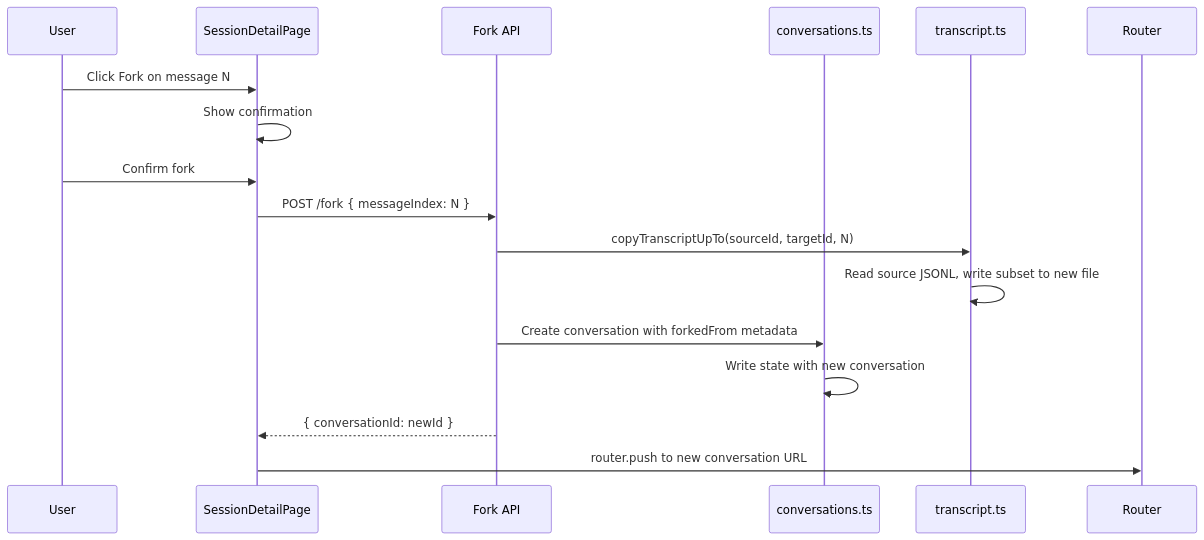
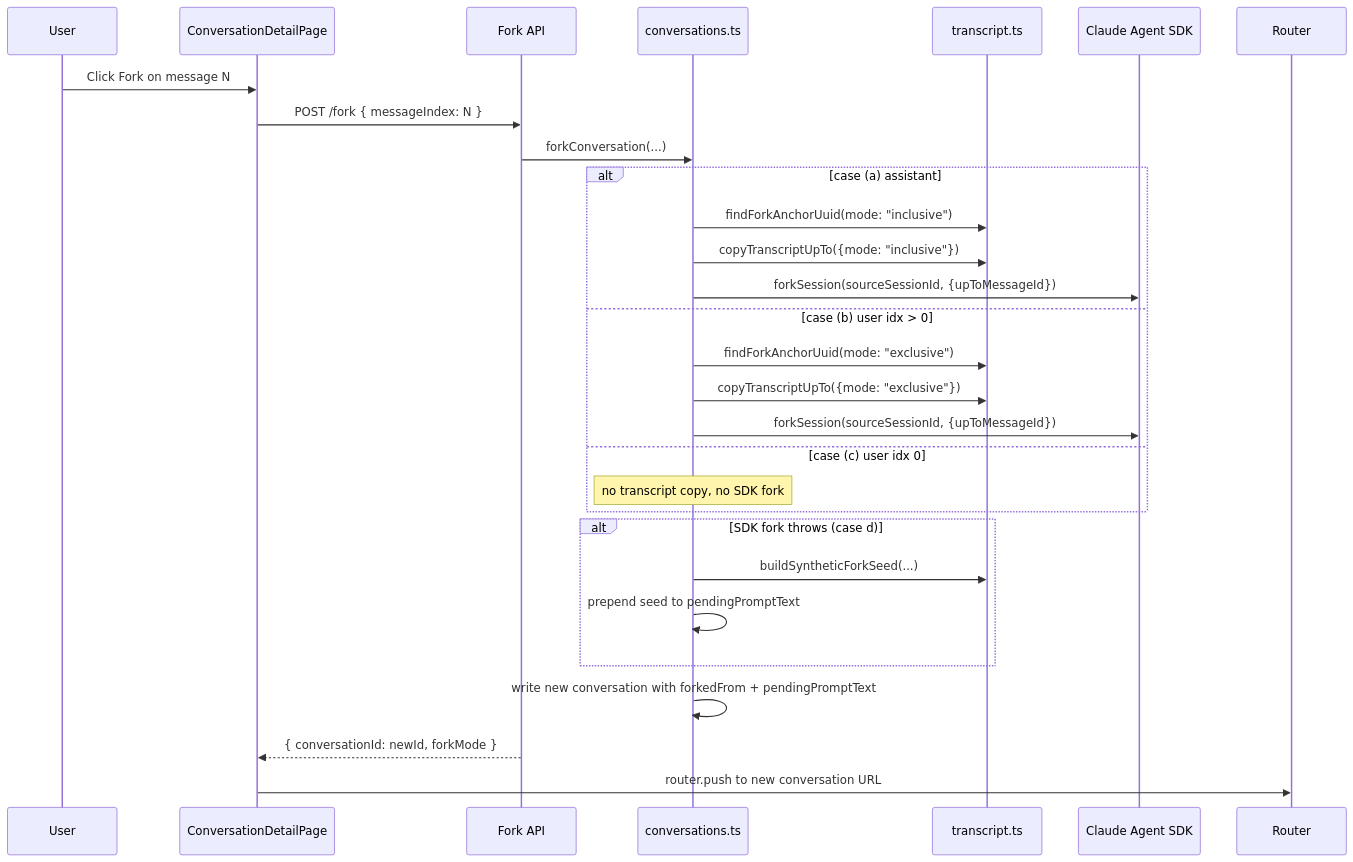
One commit to amhuppert/remote-ai-manager changed the second of 3 diagrams in .kiro/specs/conversation-forking/design.md. Above: the diagram before and after it, drawn with Mermaid. The commit also changed other lines of this file and 58 other files, not shown here.

````diff
--- a/.kiro/specs/conversation-forking/design.md
+++ b/.kiro/specs/conversation-forking/design.md
@@ -102,20 +114,32 @@
 ```mermaid
 sequenceDiagram
     participant U as User
-    participant UI as SessionDetailPage
+    participant UI as ConversationDetailPage
     participant API as Fork API
     participant Conv as conversations.ts
     participant Trans as transcript.ts
+    participant SDK as Claude Agent SDK
     participant Nav as Router
 
     U->>UI: Click Fork on message N
-    UI->>UI: Show confirmation
-    U->>UI: Confirm fork
     UI->>API: POST /fork { messageIndex: N }
-    API->>Trans: copyTranscriptUpTo(sourceId, targetId, N)
-    Trans->>Trans: Read source JSONL, write subset to new file
-    API->>Conv: Create conversation with forkedFrom metadata
-    Conv->>Conv: Write state with new conversation
-    API-->>UI: { conversationId: newId }
+    API->>Conv: forkConversation(...)
+    alt case (a) assistant
+        Conv->>Trans: findForkAnchorUuid(mode: "inclusive")
+        Conv->>Trans: copyTranscriptUpTo({mode: "inclusive"})
+        Conv->>SDK: forkSession(sourceSessionId, {upToMessageId})
+    else case (b) user idx > 0
+        Conv->>Trans: findForkAnchorUuid(mode: "exclusive")
+        Conv->>Trans: copyTranscriptUpTo({mode: "exclusive"})
+        Conv->>SDK: forkSession(sourceSessionId, {upToMessageId})
+    else case (c) user idx 0
+        Note over Conv: no transcript copy, no SDK fork
+    end
+    alt SDK fork throws (case d)
+        Conv->>Trans: buildSyntheticForkSeed(...)
+        Conv->>Conv: prepend seed to pendingPromptText
+    end
+    Conv->>Conv: write new conversation with forkedFrom + pendingPromptText
+    API-->>UI: { conversationId: newId, forkMode }
     UI->>Nav: router.push to new conversation URL
 ```
````
